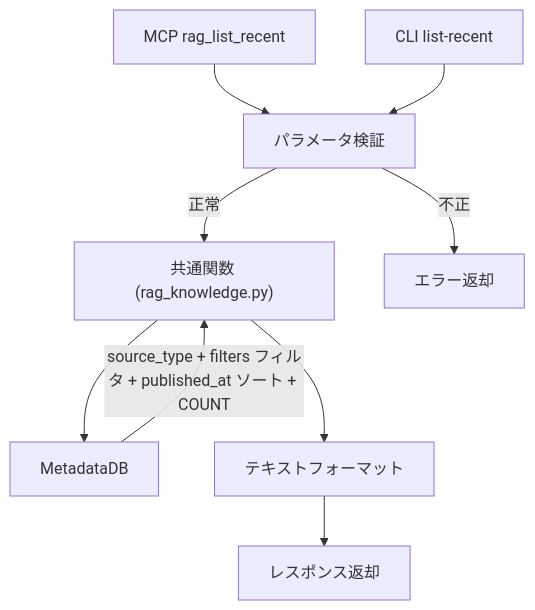
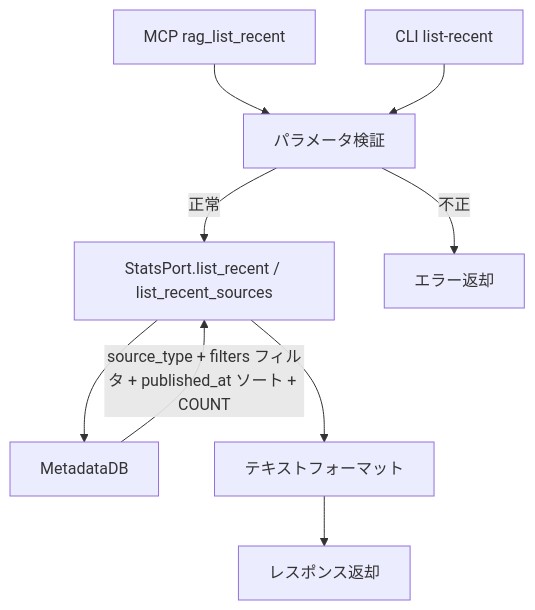
The diagram in docs/specs/infrastructure/content-listing.md (becky3/rag-knowledge), drawn with Mermaid before and after one commit. The commit also changed other lines of this file and 10 other files, not shown here.

````diff
--- a/docs/specs/infrastructure/content-listing.md
+++ b/docs/specs/infrastructure/content-listing.md
@@ -140,19 +140,19 @@
 ```mermaid
 flowchart TD
     MCP["MCP rag_list_recent"]
     CLI["CLI list-recent"]
     VALIDATE["パラメータ検証"]
-    SERVICE["共通関数 (rag_knowledge.py)"]
+    SERVICE["StatsPort.list_recent / list_recent_sources"]
     METADB["MetadataDB"]
     FORMAT["テキストフォーマット"]
     RESPONSE["レスポンス返却"]
 
     MCP --> VALIDATE
     CLI --> VALIDATE
     VALIDATE -->|不正| ERROR["エラー返却"]
     VALIDATE -->|正常| SERVICE
     SERVICE --> METADB
     METADB -->|"source_type + filters フィルタ + published_at ソート + COUNT"| SERVICE
     SERVICE --> FORMAT
     FORMAT --> RESPONSE
 ```
````
